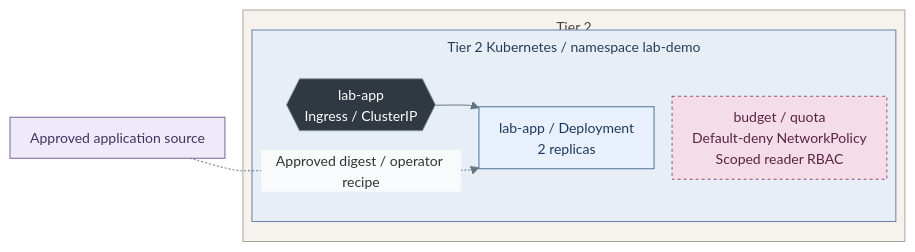
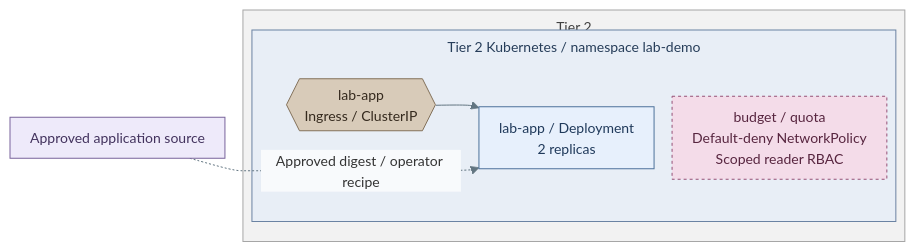
Before and after one commit to Rexus/homelab: the diagram in docs/03-deployment/stage-10-lab-environments/step-3a-application.md, drawn with Mermaid. The commit also changed 91 other files, not shown here.

First line of the commit message:
docs(operations): document VMID cutover and align diagram colors

````diff
--- a/docs/03-deployment/stage-10-lab-environments/step-3a-application.md
+++ b/docs/03-deployment/stage-10-lab-environments/step-3a-application.md
@@ -12,29 +12,29 @@
 ```mermaid
 %%{init: {"theme":"base","flowchart":{"nodeSpacing":18,"rankSpacing":18,"padding":10,"subGraphTitleMargin":{"top":6,"bottom":16}},"themeVariables":{"lineColor":"#627581","edgeLabelBackground":"#f8fafc","fontFamily":"Arial, sans-serif","fontSize":"14px"},"fontFamily":"Arial, sans-serif"}}%%
 flowchart LR
   Source["Approved application source"]
   subgraph T2["Tier 2"]
     subgraph Cluster["Tier 2 Kubernetes / namespace lab-demo"]
       Route{{"lab-app<br/>Ingress / ClusterIP"}}
       Apps["lab-app / Deployment<br/>2 replicas"]
       Policy["budget / quota<br/>Default-deny NetworkPolicy<br/>Scoped reader RBAC"]
       Route --> Apps
       Apps ~~~ Policy
     end
   end
   Source -. Approved digest / operator recipe .-> Apps
   Source ~~~ T2
   classDef default fill:#f8fafc,stroke:#64748b,color:#1f2937
   classDef services fill:#e7f0fc,stroke:#4d719b,color:#203a5b
   classDef data fill:#eeeafa,stroke:#78639b,color:#42325d
   classDef kubernetes fill:#e8eef6,stroke:#6b83a3,color:#263d59
-  classDef tier2 fill:#f6f3ef,stroke:#aca59b,color:#4b443c
-  classDef traffic fill:#303841,stroke:#8a9baa,color:#ffffff
+  classDef tier2 fill:#f2f2f2,stroke:#a6a6a6,color:#404040
+  classDef traffic fill:#d8cbb9,stroke:#83715a,color:#352a1e
   class Source data
   class Apps services
   class Route traffic
   class Cluster kubernetes
   class T2 tier2
   classDef policy fill:#f4dce9,stroke:#955076,color:#57253f,stroke-dasharray:3 3
   class Policy policy
 ```
````
